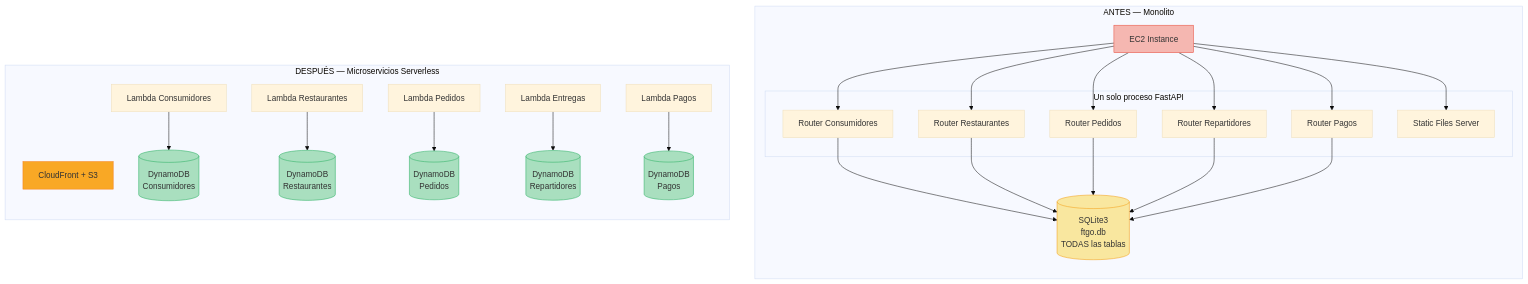
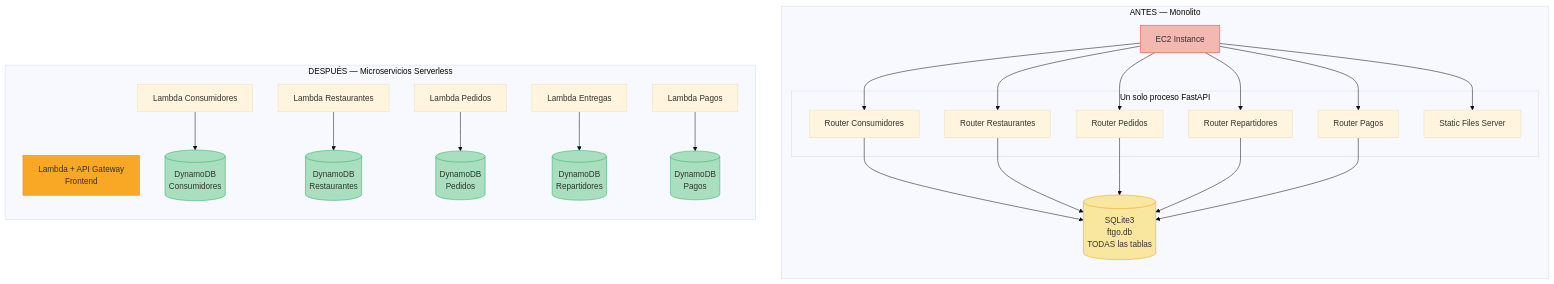
The tenth of 10 diagrams in ftgo-microservicios/DESIGN.md (gusdelact/meetup27Abril2026), drawn with Mermaid (base theme) before and after one commit. The commit also changed other lines of this file and 8 other files, not shown here.

````diff
--- a/ftgo-microservicios/DESIGN.md
+++ b/ftgo-microservicios/DESIGN.md
@@ -759,58 +755,58 @@
 ```mermaid
 graph TB
     subgraph "ANTES — Monolito"
         direction TB
         EC2[EC2 Instance]
         subgraph "Un solo proceso FastAPI"
             R1[Router Consumidores]
             R2[Router Restaurantes]
             R3[Router Pedidos]
             R4[Router Repartidores]
             R5[Router Pagos]
             STATIC[Static Files Server]
         end
         SQLITE[(SQLite3<br/>ftgo.db<br/>TODAS las tablas)]
 
         EC2 --> R1
         EC2 --> R2
         EC2 --> R3
         EC2 --> R4
         EC2 --> R5
         EC2 --> STATIC
         R1 --> SQLITE
         R2 --> SQLITE
         R3 --> SQLITE
         R4 --> SQLITE
         R5 --> SQLITE
     end
 
     subgraph "DESPUÉS — Microservicios Serverless"
         direction TB
-        CF2[CloudFront + S3]
+        FE2[Lambda + API Gateway<br/>Frontend]
         L1[Lambda Consumidores]
         L2[Lambda Restaurantes]
         L3[Lambda Pedidos]
         L4[Lambda Entregas]
         L5[Lambda Pagos]
         D1[(DynamoDB<br/>Consumidores)]
         D2[(DynamoDB<br/>Restaurantes)]
         D3[(DynamoDB<br/>Pedidos)]
         D4[(DynamoDB<br/>Repartidores)]
         D5[(DynamoDB<br/>Pagos)]
 
         L1 --> D1
         L2 --> D2
         L3 --> D3
         L4 --> D4
         L5 --> D5
     end
 
     style SQLITE fill:#f9e79f,stroke:#f39c12
     style D1 fill:#a9dfbf,stroke:#27ae60
     style D2 fill:#a9dfbf,stroke:#27ae60
     style D3 fill:#a9dfbf,stroke:#27ae60
     style D4 fill:#a9dfbf,stroke:#27ae60
     style D5 fill:#a9dfbf,stroke:#27ae60
     style EC2 fill:#f5b7b1,stroke:#e74c3c
-    style CF2 fill:#f9a825,stroke:#f57f17
+    style FE2 fill:#f9a825,stroke:#f57f17
 ```
````
